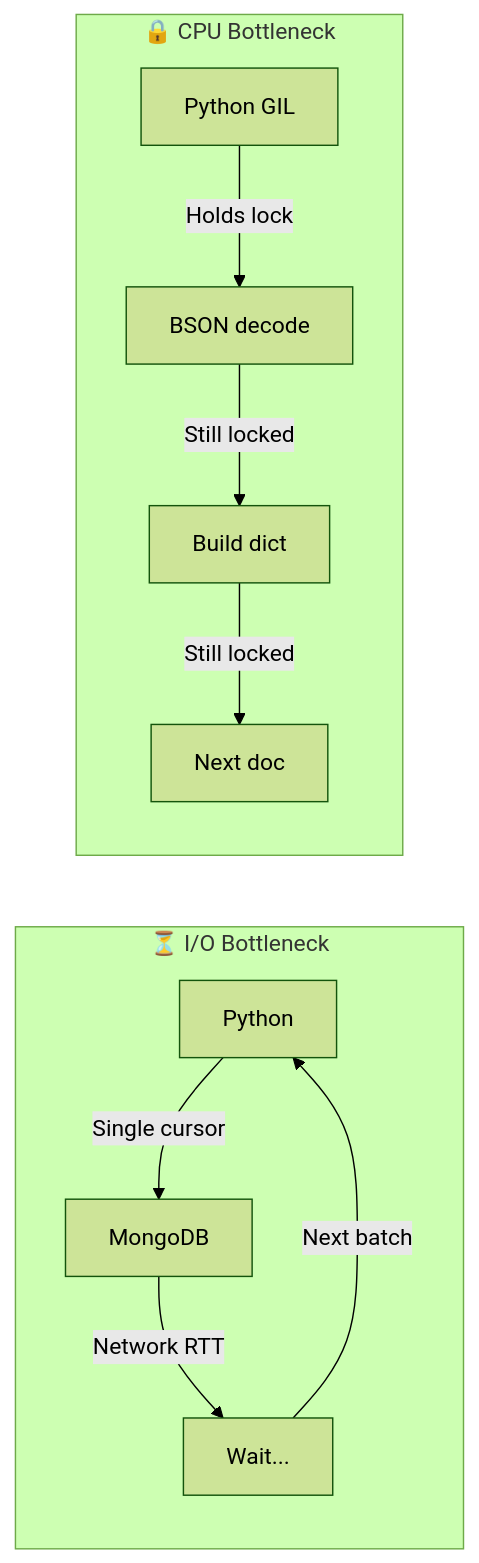
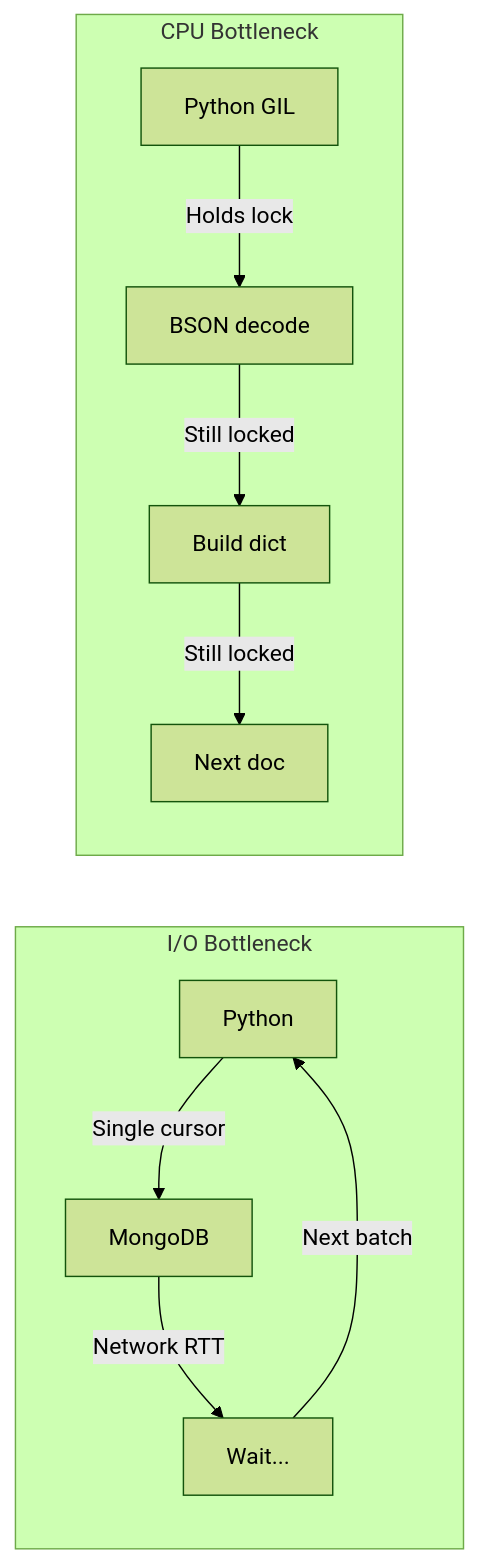
One commit to XLR8-DB/xlr8 changed the first of 9 diagrams in README.md. Above: the diagram before and after it, drawn with Mermaid (forest theme). The commit also changed other lines of this file, not shown here.

````diff
--- a/README.md
+++ b/README.md
@@ -43,14 +45,14 @@
 ```mermaid
 flowchart LR
-    subgraph Bottleneck1["⏳ I/O Bottleneck"]
+    subgraph Bottleneck1["I/O Bottleneck"]
         A1[Python] -->|"Single cursor"| B1[MongoDB]
         B1 -->|"Network RTT"| C1[Wait...]
         C1 -->|"Next batch"| A1
     end
     
-    subgraph Bottleneck2["🔒 CPU Bottleneck"]
+    subgraph Bottleneck2["CPU Bottleneck"]
         A2[Python GIL] -->|"Holds lock"| B2[BSON decode]
         B2 -->|"Still locked"| C2[Build dict]
         C2 -->|"Still locked"| D2[Next doc]
     end
 ```
````
